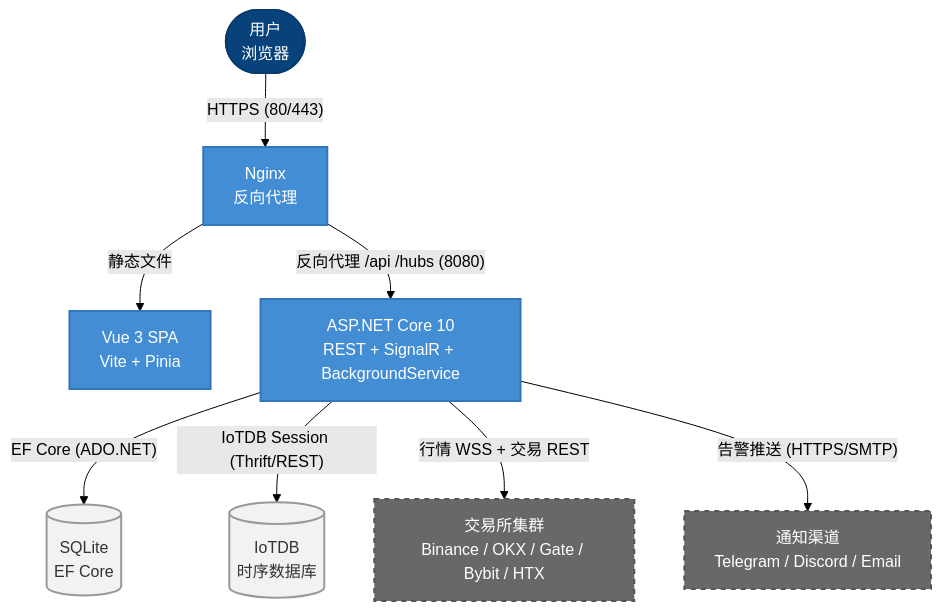
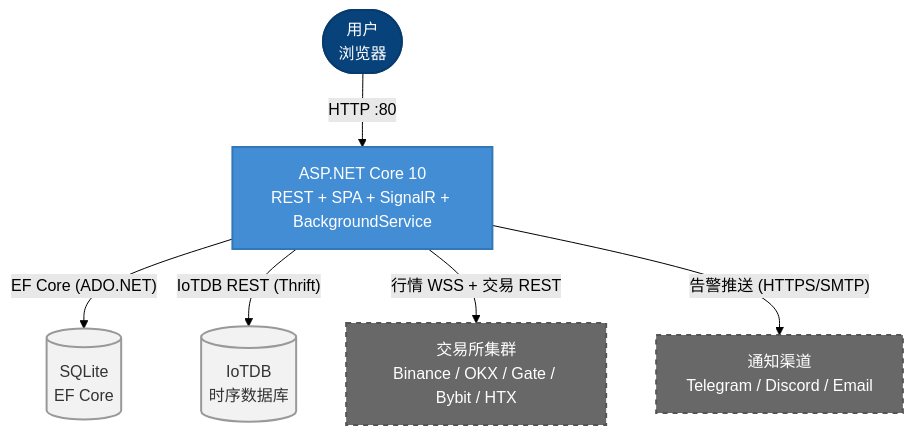
The second of 15 diagrams in docs/TAD.md (bambuo/TradeX), drawn with Mermaid (forest theme) before and after one commit. The commit also changed other lines of this file and 207 other files, not shown here.

````diff
--- a/docs/TAD.md
+++ b/docs/TAD.md
@@ -82,28 +82,22 @@
 ```mermaid
 flowchart TB
   classDef person fill:#08427B,color:#fff,stroke:#073B6E,stroke-width:2px,rx:10px,ry:10px
   classDef container fill:#438DD5,color:#fff,stroke:#3377BB,stroke-width:2px
   classDef db fill:#F2F2F2,color:#333,stroke:#999,stroke-width:2px
   classDef ext fill:#686868,color:#fff,stroke:#555,stroke-width:2px,stroke-dasharray:5 5
 
   ADMIN(["用户<br/>浏览器"]):::person
 
-  NGINX[Nginx<br/>反向代理]:::container
-  SPA[Vue 3 SPA<br/>Vite + Pinia]:::container
   SQLITE[("SQLite<br/>EF Core")]:::db
-  API[ASP.NET Core 10<br/>REST + SignalR + BackgroundService]:::container
+  TRADEX[ASP.NET Core 10<br/>REST + SPA + SignalR + BackgroundService]:::container
   IOTDB[("IoTDB<br/>时序数据库")]:::db
 
   EXCHANGES[交易所集群<br/>Binance / OKX / Gate / Bybit / HTX]:::ext
   NOTIF[通知渠道<br/>Telegram / Discord / Email]:::ext
 
-  ADMIN -->|"HTTPS (80/443)"| NGINX
-  NGINX -->|"静态文件"| SPA
-  NGINX -->|"反向代理 /api /hubs (8080)"| API
-
-  API -->|"EF Core (ADO.NET)"| SQLITE
-  API -->|"IoTDB Session (Thrift/REST)"| IOTDB
-
-  API -->|"行情 WSS + 交易 REST"| EXCHANGES
-  API -->|"告警推送 (HTTPS/SMTP)"| NOTIF
+  ADMIN -->|"HTTP :80"| TRADEX
+  TRADEX -->|"EF Core (ADO.NET)"| SQLITE
+  TRADEX -->|"IoTDB REST (Thrift)"| IOTDB
+  TRADEX -->|"行情 WSS + 交易 REST"| EXCHANGES
+  TRADEX -->|"告警推送 (HTTPS/SMTP)"| NOTIF
 ```
````
